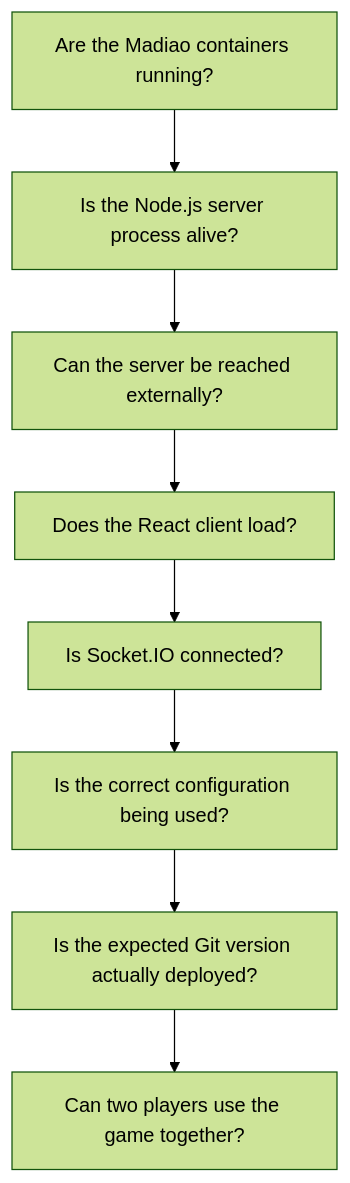
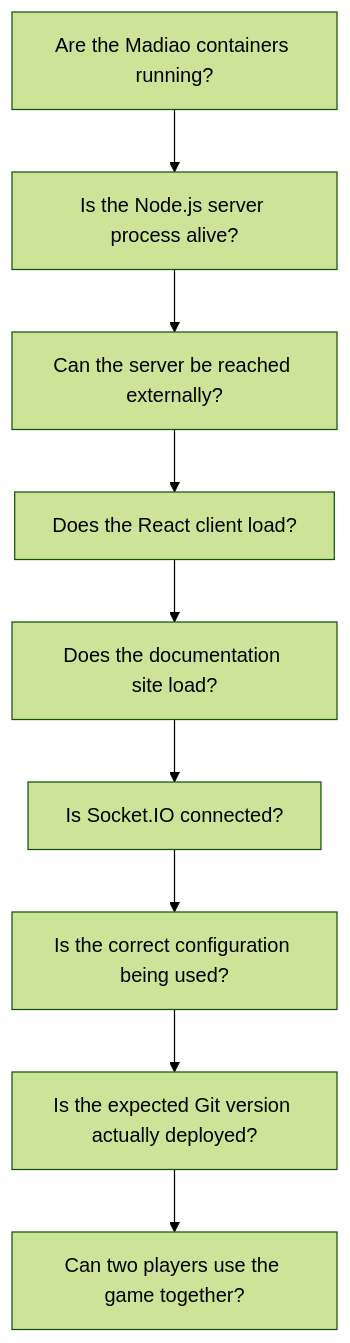
One commit to Gearsik/madiao changed the first of 7 diagrams in docs/runbook/health-checks.md. Above: the diagram before and after it, drawn with Mermaid (forest theme). The commit also changed other lines of this file and 16 other files, not shown here.

Commit message:
updates to the documentation that included the addition of HTTPS, also updated the other pages with documentation now being a part of the docker compose set up

````diff
--- a/docs/runbook/health-checks.md
+++ b/docs/runbook/health-checks.md
@@ -13,13 +13,14 @@
 ```mermaid
 flowchart TD
     Docker["Are the Madiao containers running?"]
     Server["Is the Node.js server process alive?"]
     Reach["Can the server be reached externally?"]
     Client["Does the React client load?"]
+    Docs["Does the documentation site load?"]
     Socket["Is Socket.IO connected?"]
     Config["Is the correct configuration being used?"]
     Git["Is the expected Git version actually deployed?"]
     Multi["Can two players use the game together?"]
 
-    Docker --> Server --> Reach --> Client --> Socket --> Config --> Git --> Multi
+    Docker --> Server --> Reach --> Client --> Docs --> Socket --> Config --> Git --> Multi
 ```
````
